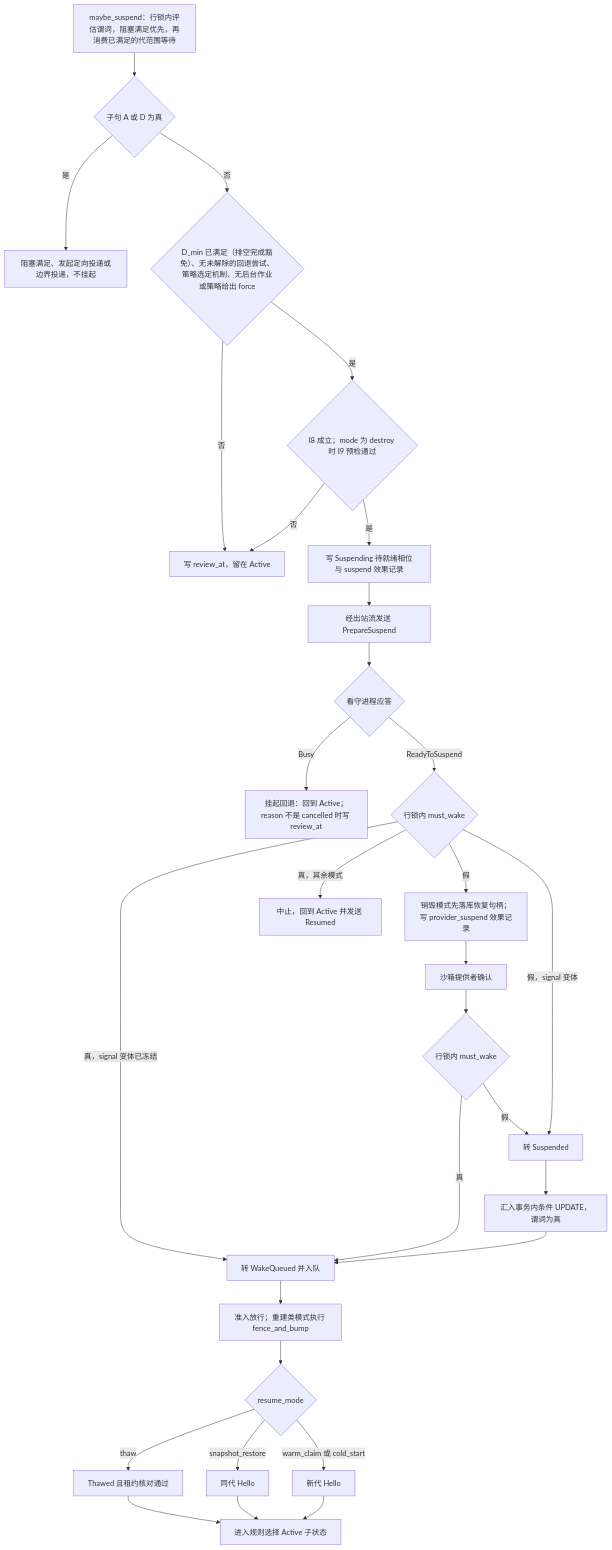
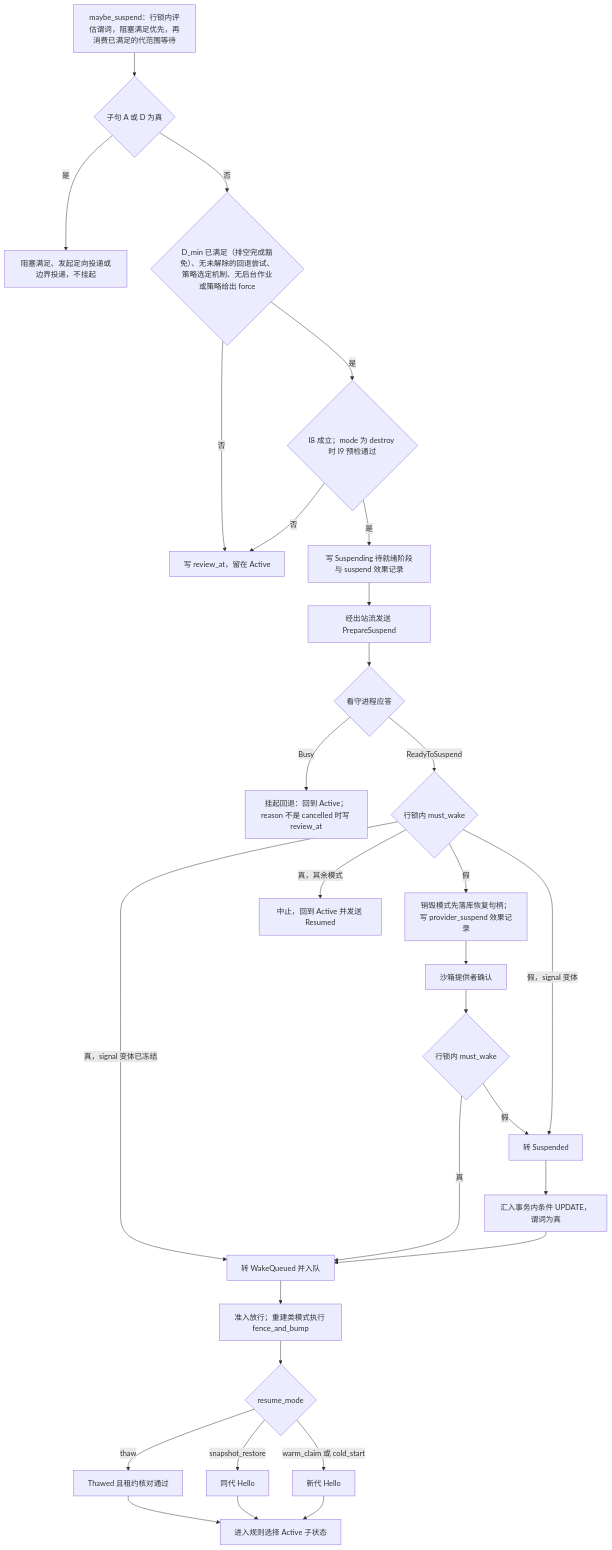
The third of 4 diagrams in docs/design/modules/design-runcontroller.md (wangzw/castworks), drawn with Mermaid before and after one commit. The commit also changed other lines of this file and 10 other files, not shown here.

````diff
--- a/docs/design/modules/design-runcontroller.md
+++ b/docs/design/modules/design-runcontroller.md
@@ -413,32 +413,32 @@
 ```mermaid
 flowchart TD
     A["maybe_suspend：行锁内评估谓词，阻塞满足优先，再消费已满足的代范围等待"] --> B{"子句 A 或 D 为真"}
     B -->|"是"| C["阻塞满足、发起定向投递或边界投递，不挂起"]
     B -->|"否"| D{"D_min 已满足（排空完成豁免）、无未解除的回退尝试、策略选定机制、无后台作业或策略给出 force"}
     D -->|"否"| E["写 review_at，留在 Active"]
     D -->|"是"| F{"I8 成立；mode 为 destroy 时 I9 预检通过"}
     F -->|"否"| E
-    F -->|"是"| G["写 Suspending 待就绪相位与 suspend 效果记录"]
+    F -->|"是"| G["写 Suspending 待就绪阶段与 suspend 效果记录"]
     G --> H["经出站流发送 PrepareSuspend"]
     H --> I{"看守进程应答"}
     I -->|"Busy"| J["挂起回退：回到 Active；reason 不是 cancelled 时写 review_at"]
     I -->|"ReadyToSuspend"| K{"行锁内 must_wake"}
     K -->|"真，signal 变体已冻结"| L["转 WakeQueued 并入队"]
     K -->|"真，其余模式"| M["中止，回到 Active 并发送 Resumed"]
     K -->|"假"| N["销毁模式先落库恢复句柄；写 provider_suspend 效果记录"]
     K -->|"假，signal 变体"| O["转 Suspended"]
     N --> P["沙箱提供者确认"]
     P --> Q{"行锁内 must_wake"}
     Q -->|"真"| L
     Q -->|"假"| O
     O --> R["汇入事务内条件 UPDATE，谓词为真"]
     R --> L
     L --> S["准入放行；重建类模式执行 fence_and_bump"]
     S --> T{"resume_mode"}
     T -->|"thaw"| U["Thawed 且租约核对通过"]
     T -->|"snapshot_restore"| V["同代 Hello"]
     T -->|"warm_claim 或 cold_start"| W["新代 Hello"]
     U --> X["进入规则选择 Active 子状态"]
     V --> X
     W --> X
 ```
````
